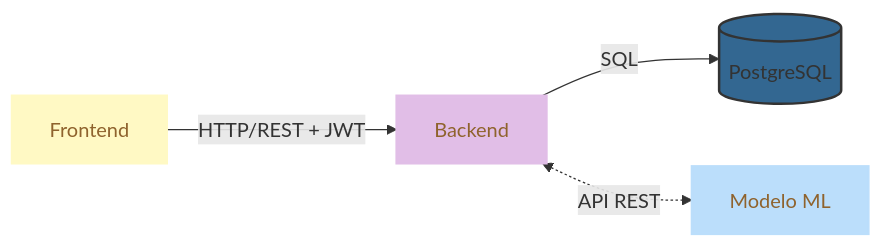
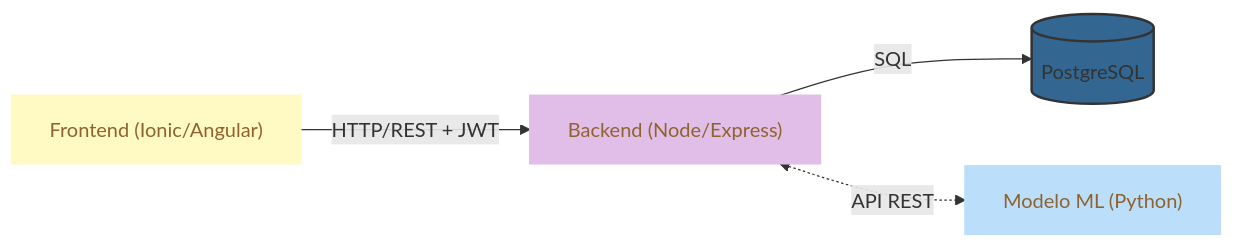
Before and after one commit to secarvallo/PTY4614: the diagram in README.md, drawn with Mermaid. The commit also changed other lines of this file and 1 other file, not shown here.

````diff
--- a/README.md
+++ b/README.md
@@ -29,16 +36,16 @@
 ```mermaid
 flowchart LR
-    A["Frontend"] -- HTTP/REST + JWT --> B["Backend"]
+    A["Frontend (Ionic/Angular)"] -- HTTP/REST + JWT --> B["Backend (Node/Express)"]
     B -- SQL --> C[("PostgreSQL")]
-    B <-. API REST .-> D["Modelo ML"]
+    B <-. API REST .-> D["Modelo ML (Python)"]
 
-     A:::Peach
-     B:::Peach
-     D:::Peach
+    A:::Peach
+    B:::Peach
+    D:::Peach
     classDef Aqua stroke-width:1px, stroke-dasharray:none, stroke:#46EDC8, fill:#DEFFF8, color:#378E7A
     classDef Peach stroke-width:1px, stroke-dasharray:none, stroke:#FBB35A, fill:#FFEFDB, color:#8F632D
     style A fill:#FFF9C4,stroke:#FFF9C4,stroke-width:2px
     style B fill:#E1BEE7,stroke:#E1BEE7,stroke-width:2px
     style C fill:#336791,stroke:#333,stroke-width:2px
     style D fill:#BBDEFB,stroke:#BBDEFB,stroke-width:2px
 ```
````
